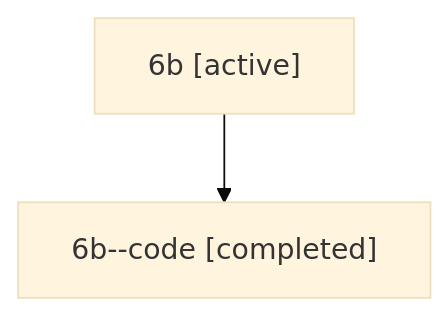
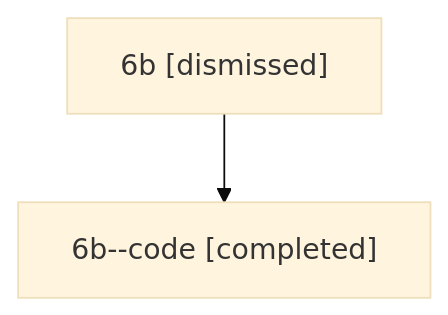
The diagram in sessions/bbugyi200.athena.6b.md (bobs-org/bob-cli--agents), drawn with Mermaid (base theme) before and after one commit. The commit also changed other lines of this file and 22 other files, not shown here.

````diff
--- a/sessions/bbugyi200.athena.6b.md
+++ b/sessions/bbugyi200.athena.6b.md
@@ -9,6 +9,6 @@
 ```mermaid
 flowchart TD
-  n0["6b [active]"]
+  n0["6b [dismissed]"]
   n1["6b--code [completed]"]
   n0 --> n1
 ```
````
